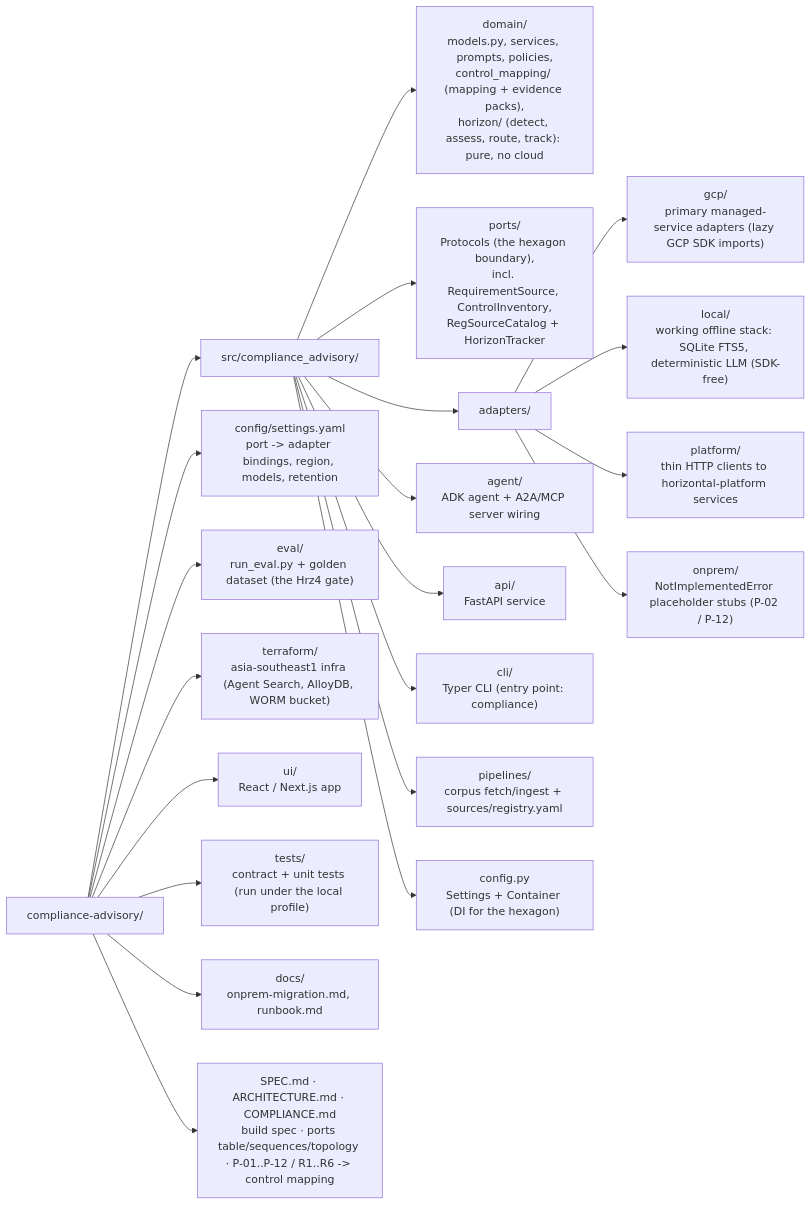
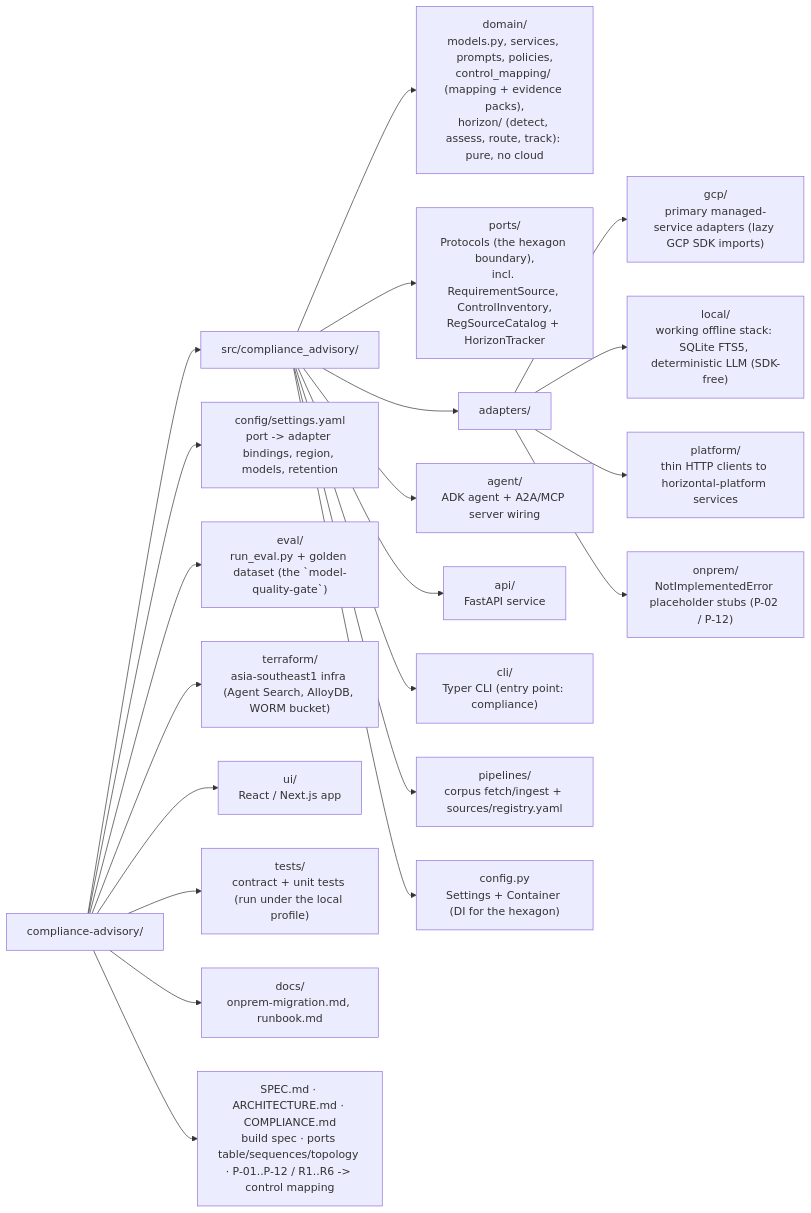
The third of 3 diagrams in README.md (portable-genai/compliance-advisory), drawn with Mermaid before and after one commit. The commit also changed other lines of this file and 65 other files, not shown here.

````diff
--- a/README.md
+++ b/README.md
@@ -465,45 +465,45 @@
 ```mermaid
 flowchart LR
     root["compliance-advisory/"]
     src["src/compliance_advisory/"]
     domain["domain/<br/>models.py, services, prompts, policies,<br/>control_mapping/ (mapping + evidence packs),<br/>horizon/ (detect, assess, route, track): pure, no cloud"]
     ports["ports/<br/>Protocols (the hexagon boundary),<br/>incl. RequirementSource, ControlInventory,<br/>RegSourceCatalog + HorizonTracker"]
     adapters["adapters/"]
     gcp["gcp/<br/>primary managed-service adapters (lazy GCP SDK imports)"]
     local["local/<br/>working offline stack: SQLite FTS5, deterministic LLM (SDK-free)"]
     platform["platform/<br/>thin HTTP clients to horizontal-platform services"]
     onprem["onprem/<br/>NotImplementedError placeholder stubs (P-02 / P-12)"]
     agent["agent/<br/>ADK agent + A2A/MCP server wiring"]
     api["api/<br/>FastAPI service"]
     cli["cli/<br/>Typer CLI (entry point: compliance)"]
     pipelines["pipelines/<br/>corpus fetch/ingest + sources/registry.yaml"]
     srcconfig["config.py<br/>Settings + Container (DI for the hexagon)"]
     config["config/settings.yaml<br/>port -> adapter bindings, region, models, retention"]
-    eval["eval/<br/>run_eval.py + golden dataset (the Hrz4 gate)"]
+    eval["eval/<br/>run_eval.py + golden dataset (the `model-quality-gate`)"]
     terraform["terraform/<br/>asia-southeast1 infra (Agent Search, AlloyDB, WORM bucket)"]
     ui["ui/<br/>React / Next.js app"]
     tests["tests/<br/>contract + unit tests (run under the local profile)"]
     docs["docs/<br/>onprem-migration.md, runbook.md"]
     topdocs["SPEC.md · ARCHITECTURE.md · COMPLIANCE.md<br/>build spec · ports table/sequences/topology · P-01..P-12 / R1..R6 -> control mapping"]
 
     root --> src
     src --> domain
     src --> ports
     src --> adapters
     adapters --> gcp
     adapters --> local
     adapters --> platform
     adapters --> onprem
     src --> agent
     src --> api
     src --> cli
     src --> pipelines
     src --> srcconfig
     root --> config
     root --> eval
     root --> terraform
     root --> ui
     root --> tests
     root --> docs
     root --> topdocs
 ```
````
